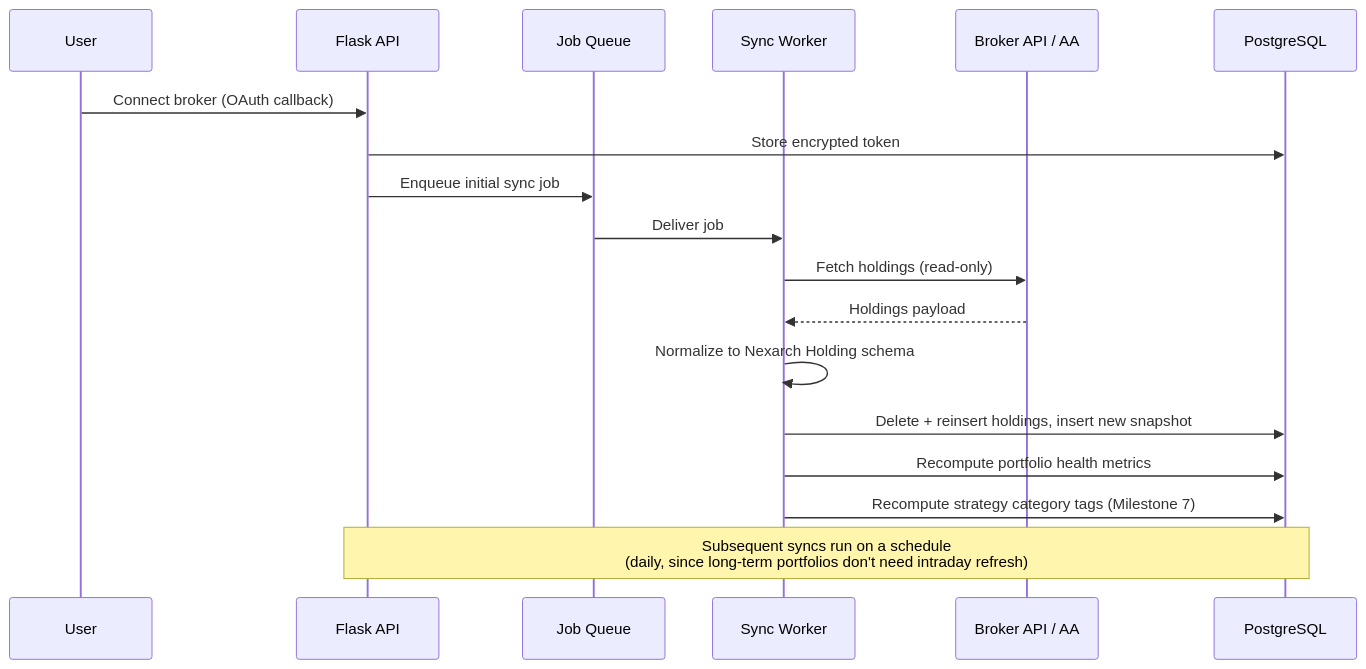
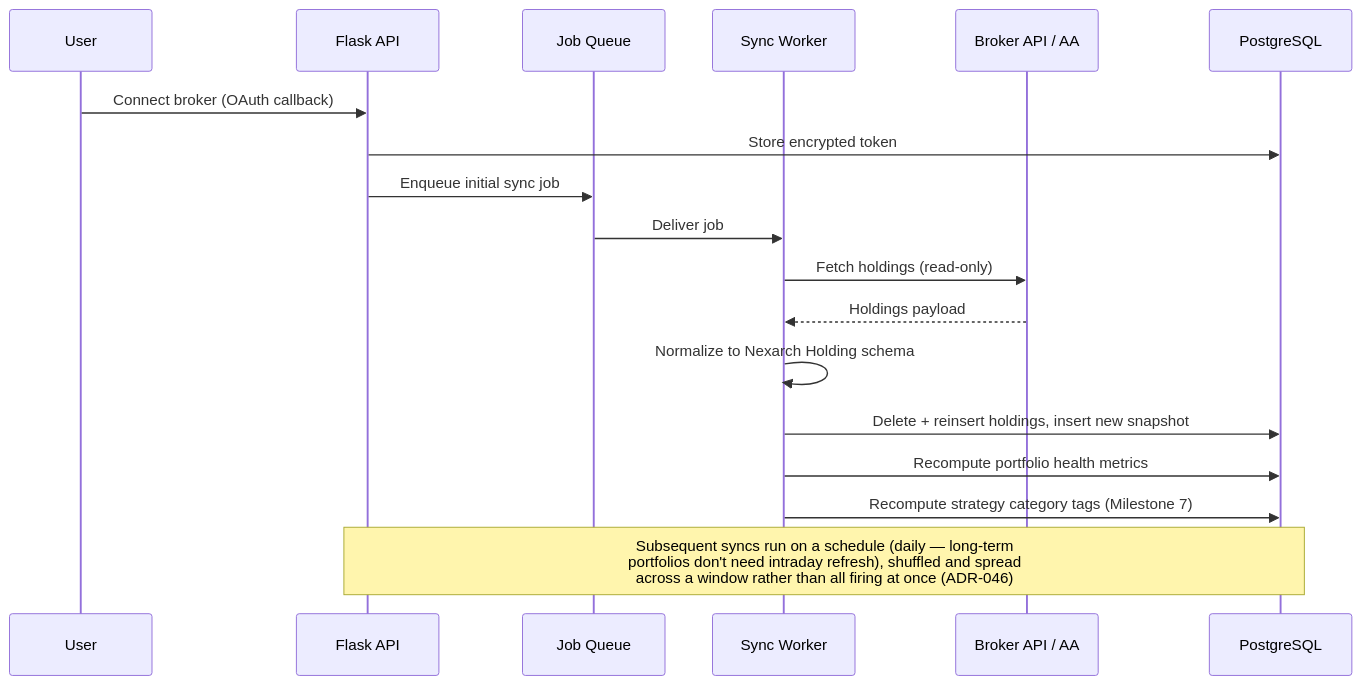
Before and after one commit to ChandanSurya96/Nexarch-project: the second of 2 diagrams in docs/architecture.md, drawn with Mermaid. The commit also changed other lines of this file and 15 other files, not shown here.

````diff
--- a/docs/architecture.md
+++ b/docs/architecture.md
@@ -70,21 +76,21 @@
 ```mermaid
 sequenceDiagram
     participant U as User
     participant API as Flask API
     participant Q as Job Queue
     participant W as Sync Worker
     participant SRC as Broker API / AA
     participant DB as PostgreSQL
 
     U->>API: Connect broker (OAuth callback)
     API->>DB: Store encrypted token
     API->>Q: Enqueue initial sync job
     Q->>W: Deliver job
     W->>SRC: Fetch holdings (read-only)
     SRC-->>W: Holdings payload
     W->>W: Normalize to Nexarch Holding schema
     W->>DB: Delete + reinsert holdings, insert new snapshot
     W->>DB: Recompute portfolio health metrics
     W->>DB: Recompute strategy category tags (Milestone 7)
-    Note over API,DB: Subsequent syncs run on a schedule<br/>(daily, since long-term portfolios don't need intraday refresh)
+    Note over API,DB: Subsequent syncs run on a schedule (daily — long-term<br/>portfolios don't need intraday refresh), shuffled and spread<br/>across a window rather than all firing at once (ADR-046)
 ```
````
